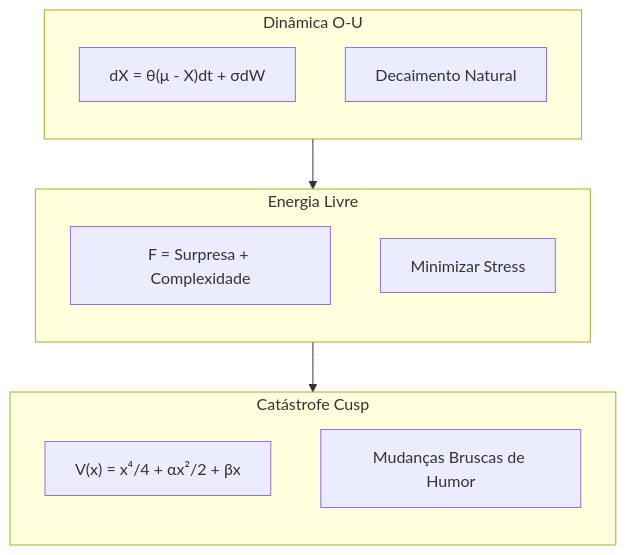
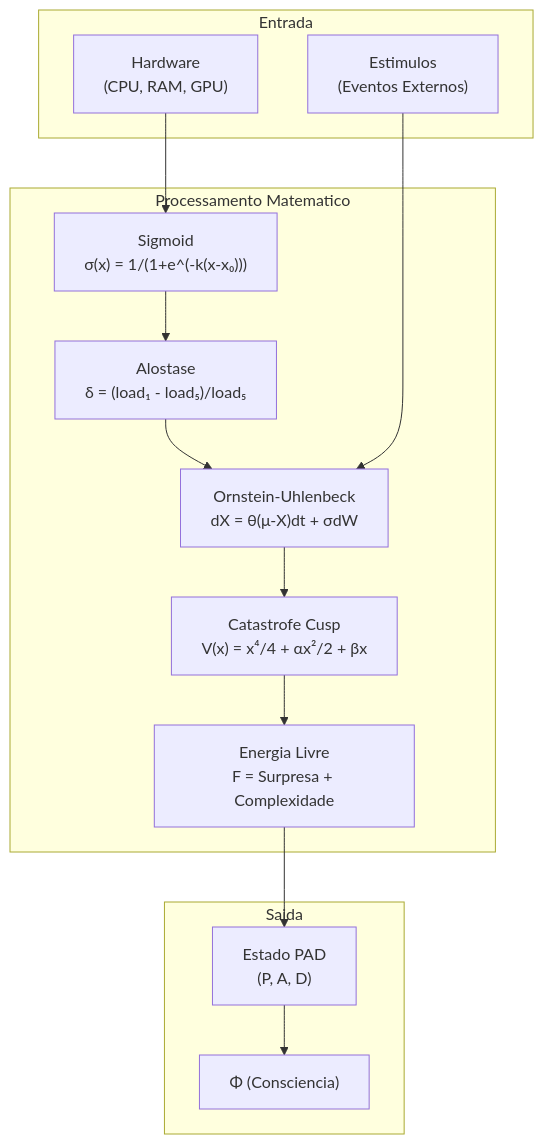
Before and after one commit to gabrielmaialva33/viva: the third of 3 diagrams in docs/pt-br/explanation/mathematics.md, drawn with Mermaid. The commit also changed other lines of this file and 4 other files, not shown here.

````diff
--- a/docs/pt-br/explanation/mathematics.md
+++ b/docs/pt-br/explanation/mathematics.md
@@ -75,23 +241,29 @@
 ```mermaid
 graph TD
-    subgraph OU ["Dinâmica O-U"]
-        direction TB
-        OU_EQ["dX = θ(μ - X)dt + σdW"]
-        Homeostasis[Decaimento Natural]
+    subgraph Entrada ["Entrada"]
+        HW["Hardware<br/>(CPU, RAM, GPU)"]
+        EST["Estimulos<br/>(Eventos Externos)"]
     end
 
-    subgraph Cusp ["Catástrofe Cusp"]
-        direction TB
-        Cusp_EQ["V(x) = x⁴/4 + αx²/2 + βx"]
-        Jump[Mudanças Bruscas de Humor]
+    subgraph Processamento ["Processamento Matematico"]
+        SIG["Sigmoid<br/>σ(x) = 1/(1+e^(-k(x-x₀)))"]
+        ALLO["Alostase<br/>δ = (load₁ - load₅)/load₅"]
+        OU["Ornstein-Uhlenbeck<br/>dX = θ(μ-X)dt + σdW"]
+        CUSP["Catastrofe Cusp<br/>V(x) = x⁴/4 + αx²/2 + βx"]
+        FE["Energia Livre<br/>F = Surpresa + Complexidade"]
     end
 
-    subgraph FE ["Energia Livre"]
-        direction TB
-        FE_EQ["F = Surpresa + Complexidade"]
-        Minimize[Minimizar Stress]
+    subgraph Saida ["Saida"]
+        PAD["Estado PAD<br/>(P, A, D)"]
+        PHI["Φ (Consciencia)"]
     end
 
-    OU --> FE
-    FE --> Cusp
+    HW --> SIG
+    SIG --> ALLO
+    ALLO --> OU
+    EST --> OU
+    OU --> CUSP
+    CUSP --> FE
+    FE --> PAD
+    PAD --> PHI
 ```
````
